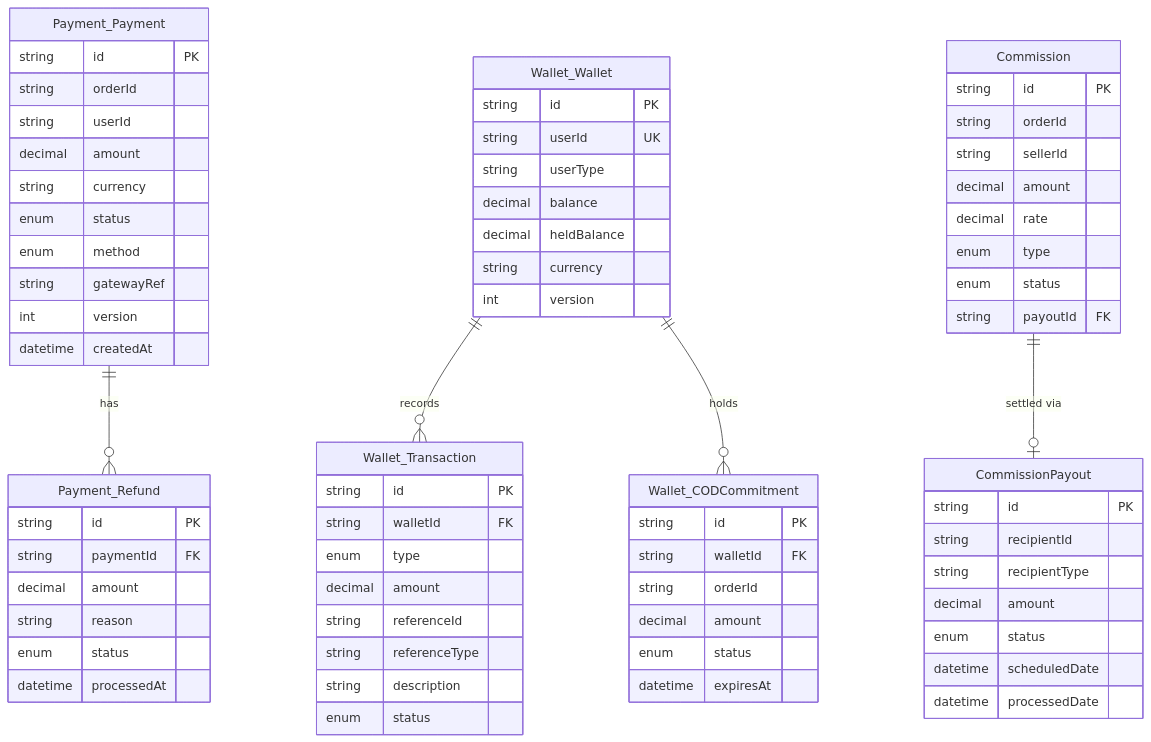
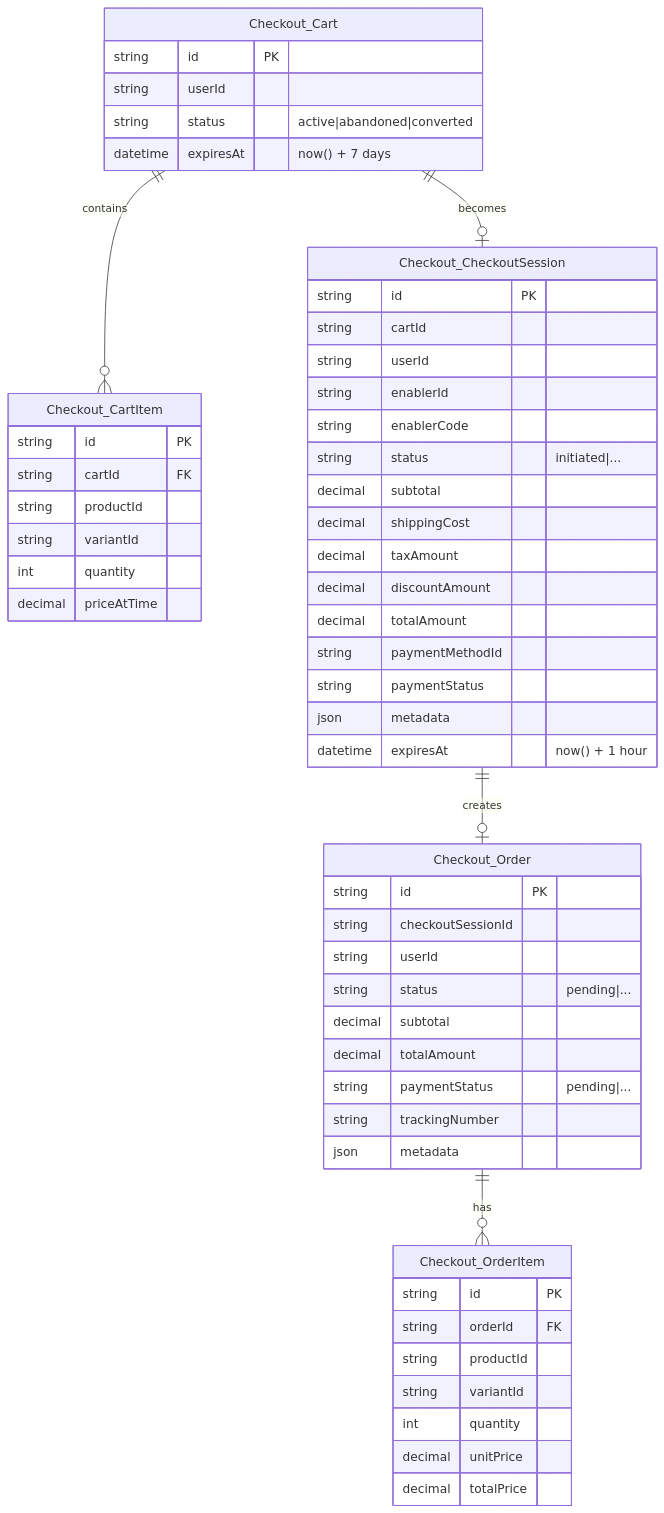
One commit to maysar-014/maysar-express-backend changed the third of 7 diagrams in docs/architecture/database-relationship-diagrams.md. Above: the diagram before and after it, drawn with Mermaid. The commit also changed other lines of this file and 5 other files, not shown here.

First line of the commit message:
docs: rebuild diagrams from actual source code evidence

````diff
--- a/docs/architecture/database-relationship-diagrams.md
+++ b/docs/architecture/database-relationship-diagrams.md
@@ -189,80 +227,63 @@
 ```mermaid
 erDiagram
-    Payment_Payment {
+    Checkout_Cart {
         string id PK
-        string orderId
         string userId
-        decimal amount
-        string currency
-        enum status
-        enum method
-        string gatewayRef
-        int version
-        datetime createdAt
+        string status "active|abandoned|converted"
+        datetime expiresAt "now() + 7 days"
     }
 
-    Payment_Refund {
+    Checkout_CartItem {
         string id PK
-        string paymentId FK
-        decimal amount
-        string reason
-        enum status
-        datetime processedAt
+        string cartId FK
+        string productId
+        string variantId
+        int quantity
+        decimal priceAtTime
     }
 
-    Wallet_Wallet {
+    Checkout_CheckoutSession {
         string id PK
-        string userId UK
-        string userType
-        decimal balance
-        decimal heldBalance
-        string currency
-        int version
+        string cartId
+        string userId
+        string enablerId
+        string enablerCode
+        string status "initiated|..."
+        decimal subtotal
+        decimal shippingCost
+        decimal taxAmount
+        decimal discountAmount
+        decimal totalAmount
+        string paymentMethodId
+        string paymentStatus
+        json metadata
+        datetime expiresAt "now() + 1 hour"
     }
 
-    Wallet_Transaction {
+    Checkout_Order {
         string id PK
-        string walletId FK
-        enum type
-        decimal amount
-        string referenceId
-        string referenceType
-        string description
-        enum status
+        string checkoutSessionId
+        string userId
+        string status "pending|..."
+        decimal subtotal
+        decimal totalAmount
+        string paymentStatus "pending|..."
+        string trackingNumber
+        json metadata
     }
 
-    Wallet_CODCommitment {
+    Checkout_OrderItem {
         string id PK
-        string walletId FK
-        string orderId
-        decimal amount
-        enum status
-        datetime expiresAt
+        string orderId FK
+        string productId
+        string variantId
+        int quantity
+        decimal unitPrice
+        decimal totalPrice
     }
 
-    CommissionPayout {
-        string id PK
-        string recipientId
-        string recipientType
-        decimal amount
-        enum status
-        datetime scheduledDate
-        datetime processedDate
-    }
-
-    Commission {
-        string id PK
-        string orderId
-        string sellerId
-        decimal amount
-        decimal rate
-        enum type
-        enum status
-        string payoutId FK
-    }
-
-    Payment_Payment ||--o{ Payment_Refund : "has"
-    Wallet_Wallet ||--o{ Wallet_Transaction : "records"
-    Wallet_Wallet ||--o{ Wallet_CODCommitment : "holds"
-    Commission ||--o| CommissionPayout : "settled via"
+    Checkout_Cart ||--o{ Checkout_CartItem : "contains"
+    Checkout_Cart ||--o| Checkout_CheckoutSession : "becomes"
+    Checkout_CheckoutSession ||--o| Checkout_Order : "creates"
+    Checkout_Order ||--o{ Checkout_OrderItem : "has"
 ```
````
